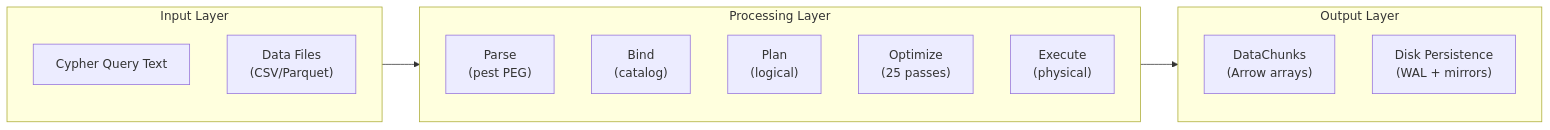
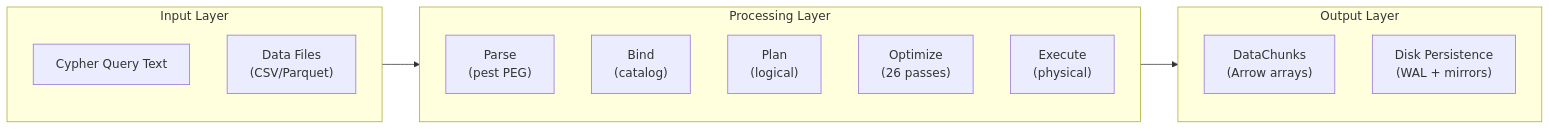
One commit to mlengse/akar changed the first of 6 diagrams in .terrain/human/3.Workflows.md. Above: the diagram before and after it, drawn with Mermaid. The commit also changed other lines of this file and 8 other files, not shown here.

````diff
--- a/.terrain/human/3.Workflows.md
+++ b/.terrain/human/3.Workflows.md
@@ -13,19 +13,19 @@
 ```mermaid
 flowchart LR
     subgraph Input["Input Layer"]
         A["Cypher Query Text"]
         B["Data Files<br/>(CSV/Parquet)"]
     end
     subgraph Processing["Processing Layer"]
         C["Parse<br/>(pest PEG)"]
         D["Bind<br/>(catalog)"]
         E["Plan<br/>(logical)"]
-        F["Optimize<br/>(25 passes)"]
+        F["Optimize<br/>(26 passes)"]
         G["Execute<br/>(physical)"]
     end
     subgraph Output["Output Layer"]
         H["DataChunks<br/>(Arrow arrays)"]
         I["Disk Persistence<br/>(WAL + mirrors)"]
     end
     Input --> Processing --> Output
 ```
````
